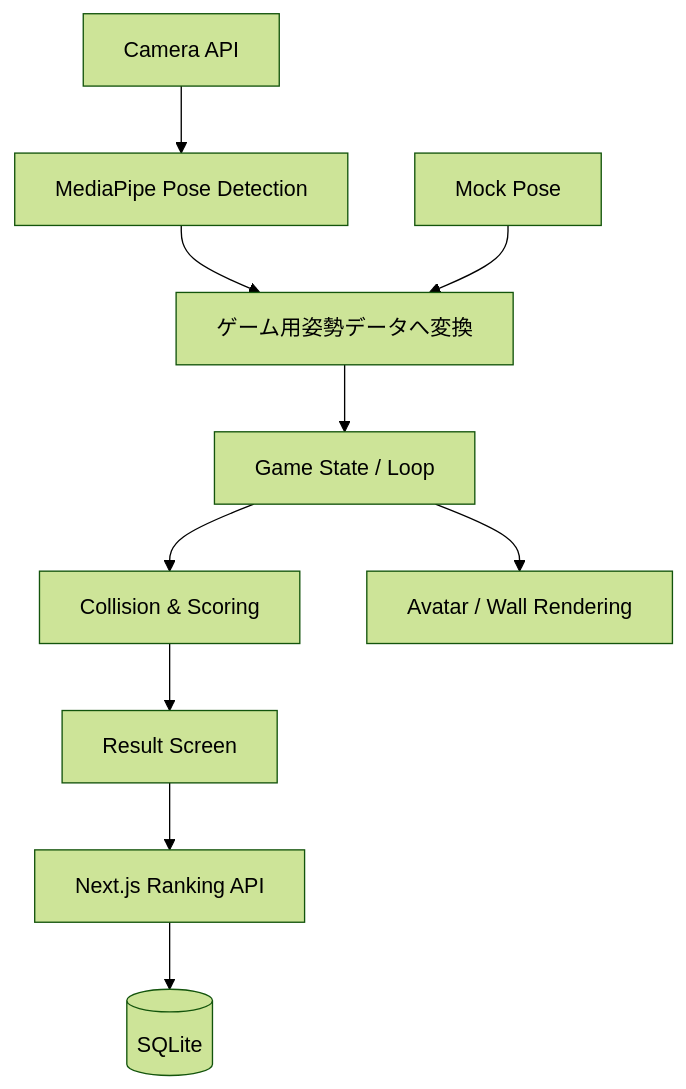
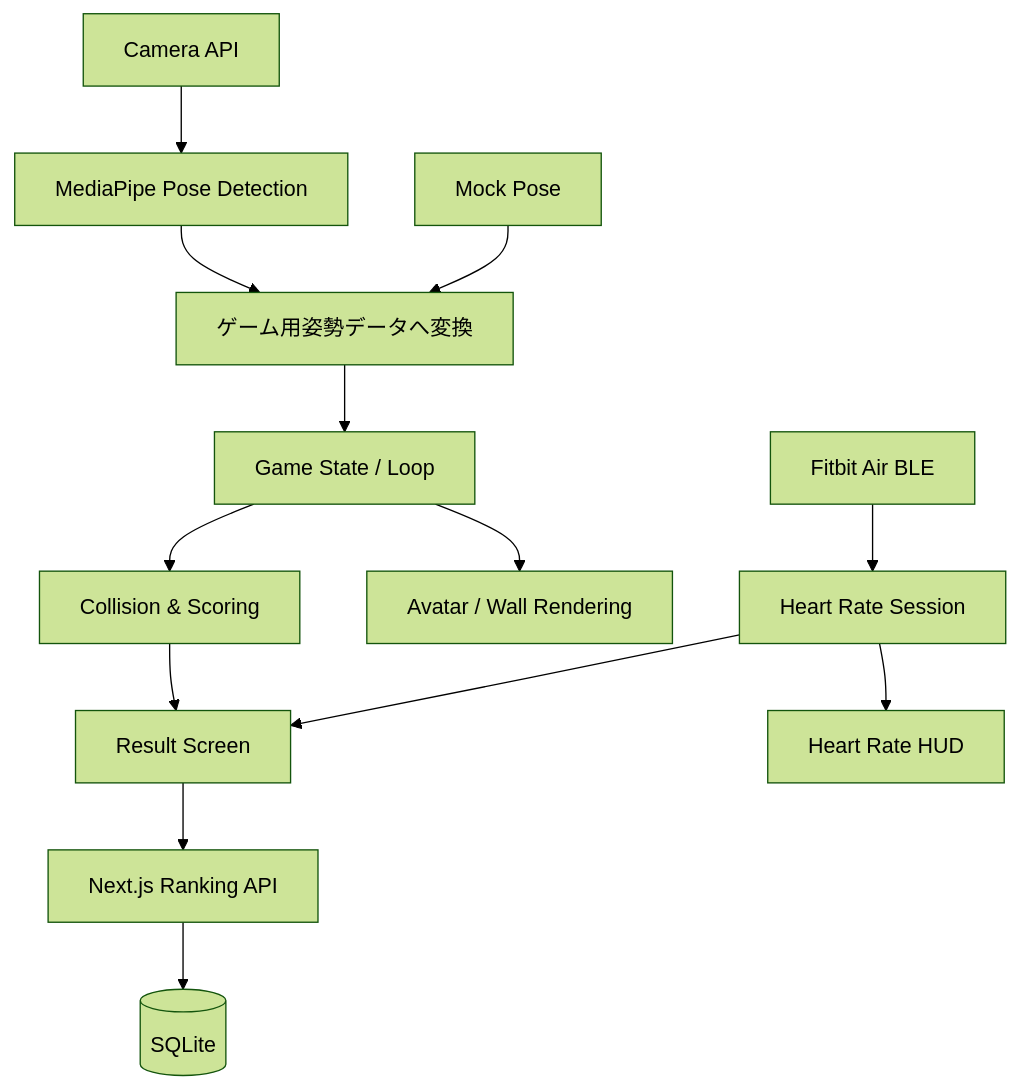
The second of 2 diagrams in README.md (taku0193/steer-clear-of-the-wall), drawn with Mermaid (forest theme) before and after one commit. The commit also changed other lines of this file and 27 other files, not shown here.

````diff
--- a/README.md
+++ b/README.md
@@ -88,12 +90,15 @@
 ```mermaid
 flowchart TD
     Camera[Camera API] --> Pose[MediaPipe Pose Detection]
     Pose --> Adapter[ゲーム用姿勢データへ変換]
     Mock[Mock Pose] --> Adapter
     Adapter --> State[Game State / Loop]
     State --> Collision[Collision & Scoring]
     State --> Canvas[Avatar / Wall Rendering]
     Collision --> Result[Result Screen]
+    Fitbit[Fitbit Air BLE] --> Heart[Heart Rate Session]
+    Heart --> Hud[Heart Rate HUD]
+    Heart --> Result
     Result --> API[Next.js Ranking API]
     API --> DB[(SQLite)]
 ```
````
